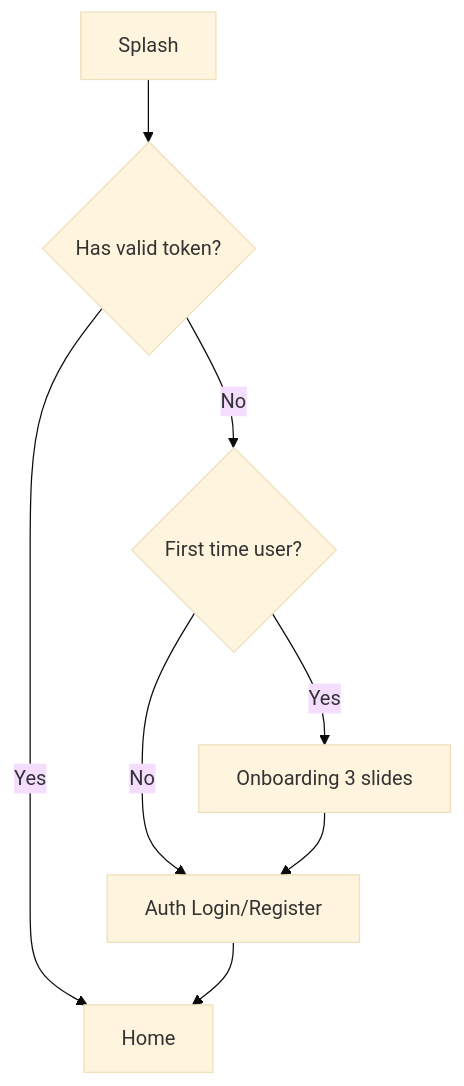
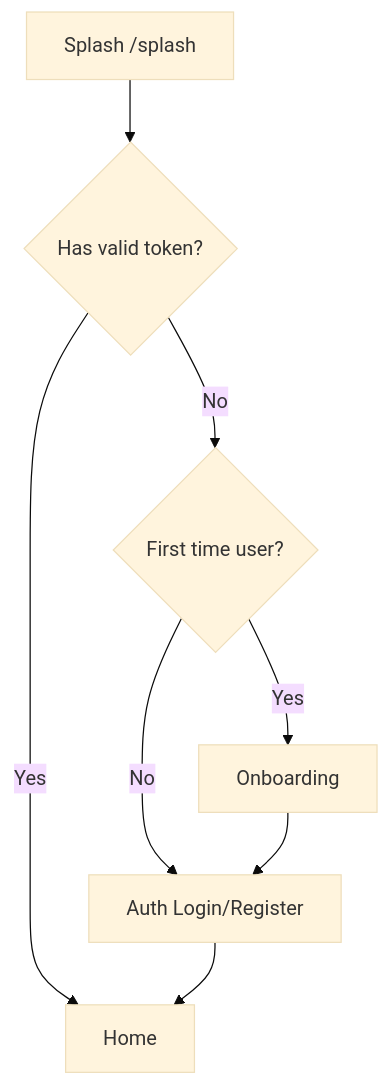
Before and after one commit to vithey-mobile/Mobile-App-ACLEDA: the diagram in prompt/Prompt Frontend/01-navigation-and-flow.md, drawn with Mermaid (base theme). The commit also changed other lines of this file and 581 other files, not shown here.

````diff
--- a/prompt/Prompt Frontend/01-navigation-and-flow.md
+++ b/prompt/Prompt Frontend/01-navigation-and-flow.md
@@ -5,10 +5,10 @@
 ```mermaid
 flowchart TD
-    A[Splash] --> B{Has valid token?}
+    A[Splash /splash] --> B{Has valid token?}
     B -->|Yes| H[Home]
     B -->|No| C{First time user?}
-    C -->|Yes| D[Onboarding 3 slides]
+    C -->|Yes| D[Onboarding]
     C -->|No| E[Auth Login/Register]
     D --> E
     E --> H
 ```
````
